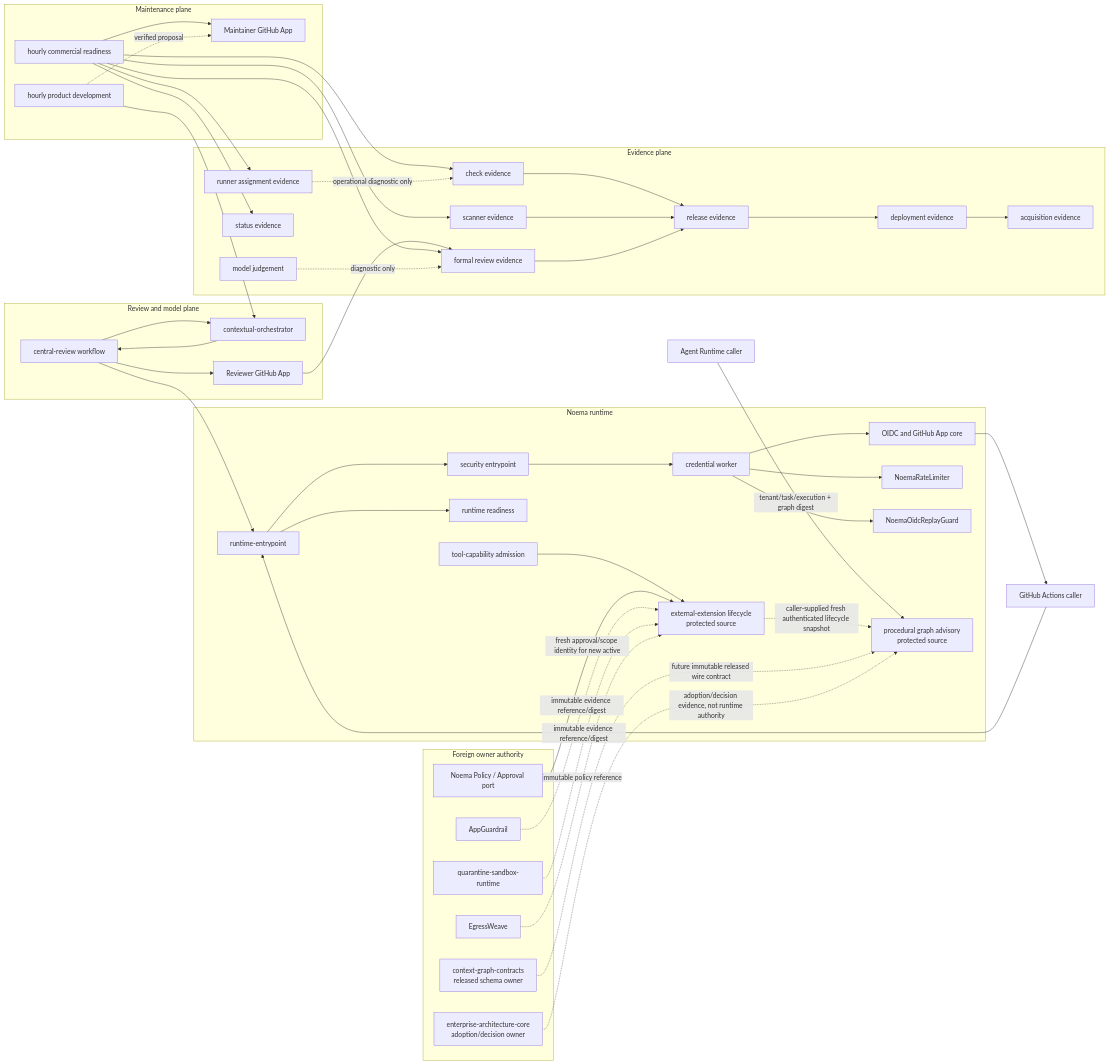
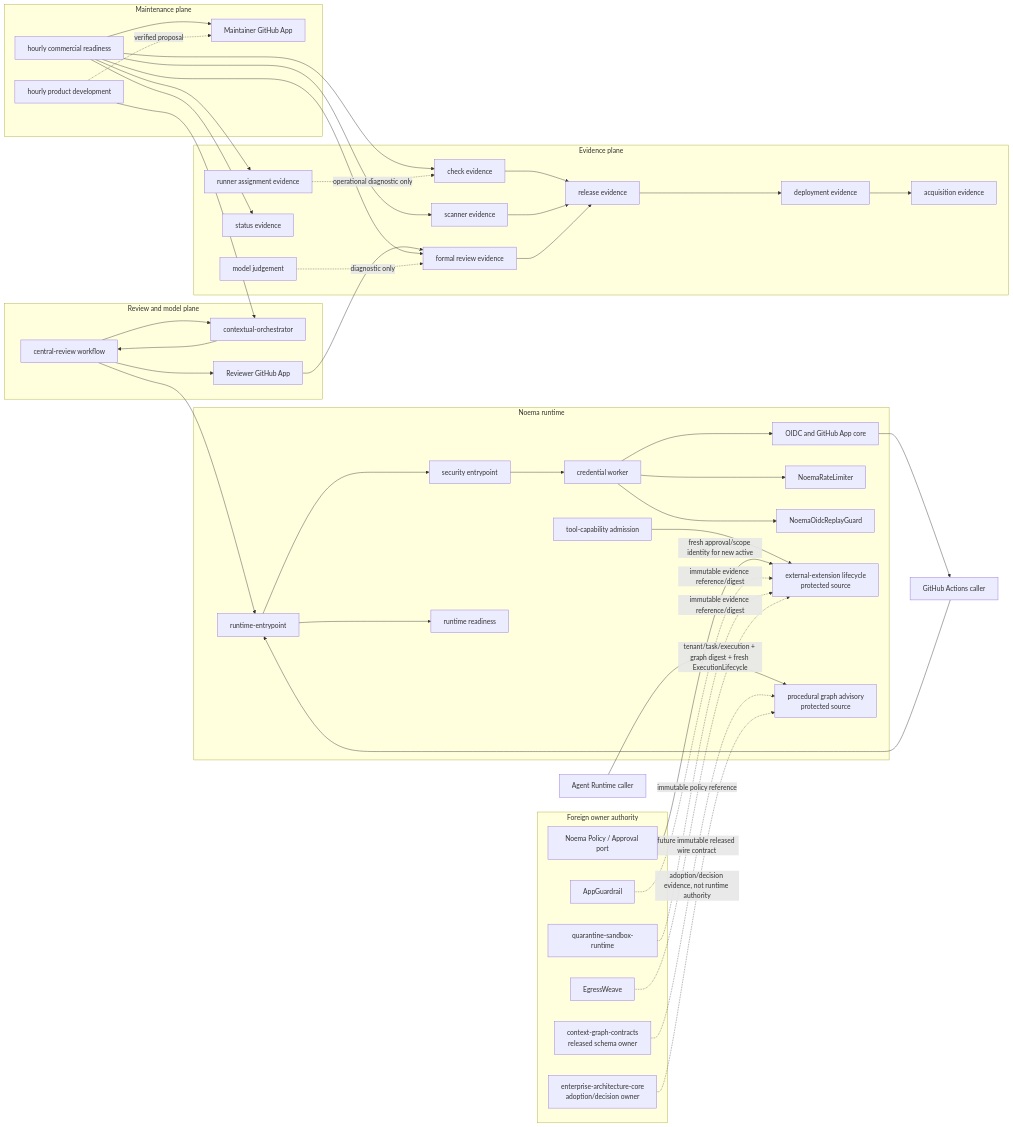
One commit to ContextualWisdomLab/noema changed the first of 14 diagrams in docs/UML.md. Above: the diagram before and after it, drawn with Mermaid. The commit also changed other lines of this file, not shown here.

Commit message:
fix(docs): separate Agent Runtime lifecycle authority

```diff
--- a/docs/UML.md
+++ b/docs/UML.md
@@ -65,8 +65,7 @@
   QUAR -. immutable evidence reference/digest .-> LIFE
   EGRESS -. immutable policy reference .-> LIFE
 
-  AGENT[Agent Runtime caller] -->|tenant/task/execution + graph digest| PROC
-  LIFE -. caller-supplied fresh authenticated lifecycle snapshot .-> PROC
+  AGENT[Agent Runtime caller] -->|tenant/task/execution + graph digest + fresh ExecutionLifecycle| PROC
   CGC -. future immutable released wire contract .-> PROC
   EA -. adoption/decision evidence, not runtime authority .-> PROC
 
```
